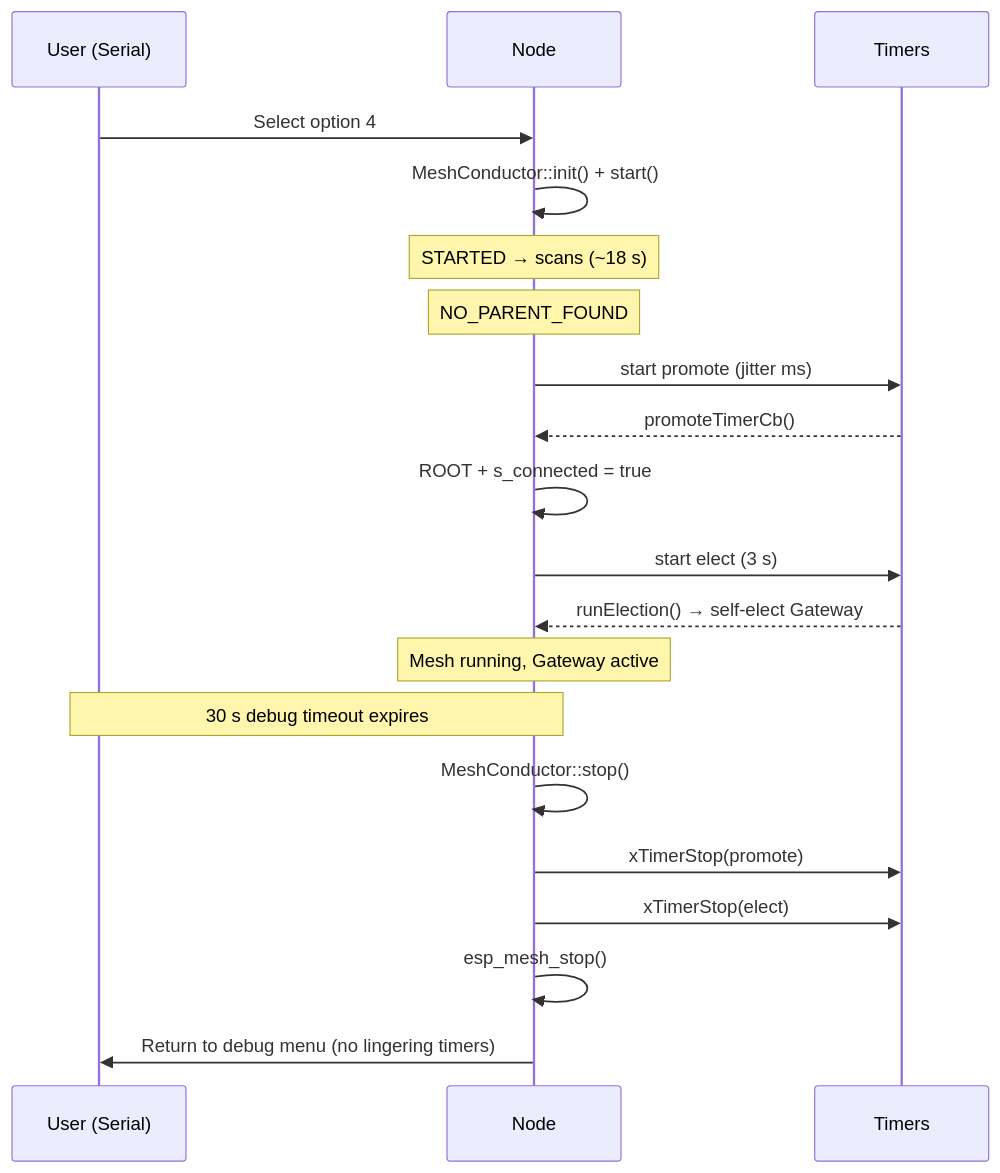
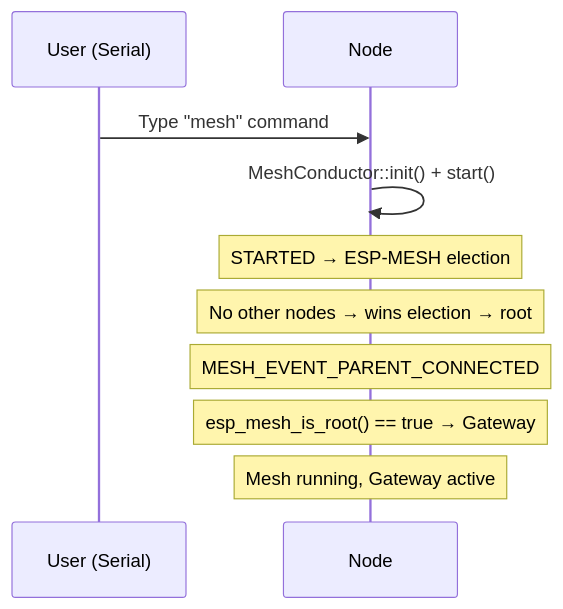
Before and after one commit to jlarnal/Squeek: the fifth of 5 diagrams in FSD.md, drawn with Mermaid. The commit also changed other lines of this file and 28 other files, not shown here.

````diff
--- a/FSD.md
+++ b/FSD.md
@@ -582,23 +600,13 @@
 ```mermaid
 sequenceDiagram
     participant U as User (Serial)
     participant N as Node
-    participant T as Timers
 
-    U->>N: Select option 4
+    U->>N: Type "mesh" command
     N->>N: MeshConductor::init() + start()
-    Note over N: STARTED → scans (~18 s)
-    Note over N: NO_PARENT_FOUND
-    N->>T: start promote (jitter ms)
-    T-->>N: promoteTimerCb()
-    N->>N: ROOT + s_connected = true
-    N->>T: start elect (3 s)
-    T-->>N: runElection() → self-elect Gateway
+    Note over N: STARTED → ESP-MESH election
+    Note over N: No other nodes → wins election → root
+    Note over N: MESH_EVENT_PARENT_CONNECTED
+    Note over N: esp_mesh_is_root() == true → Gateway
     Note over N: Mesh running, Gateway active
-    Note over U,N: 30 s debug timeout expires
-    N->>N: MeshConductor::stop()
-    N->>T: xTimerStop(promote)
-    N->>T: xTimerStop(elect)
-    N->>N: esp_mesh_stop()
-    N->>U: Return to debug menu (no lingering timers)
 ```
````
